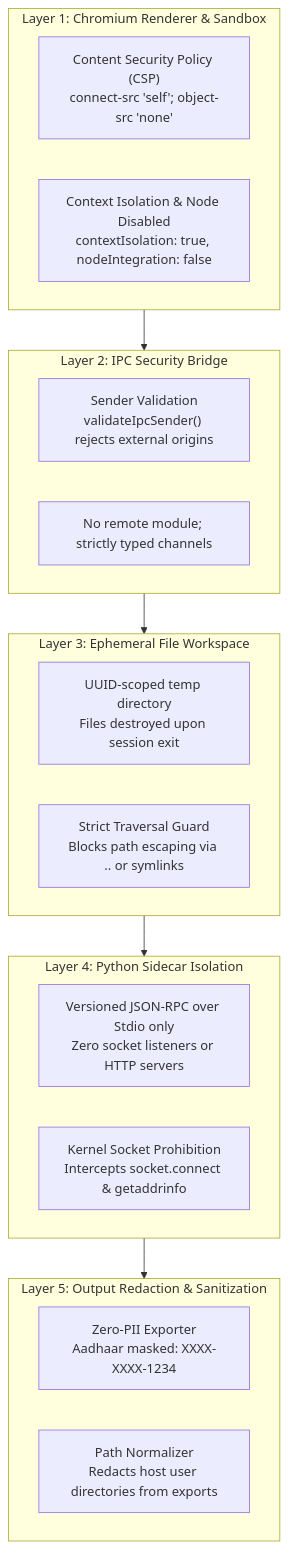
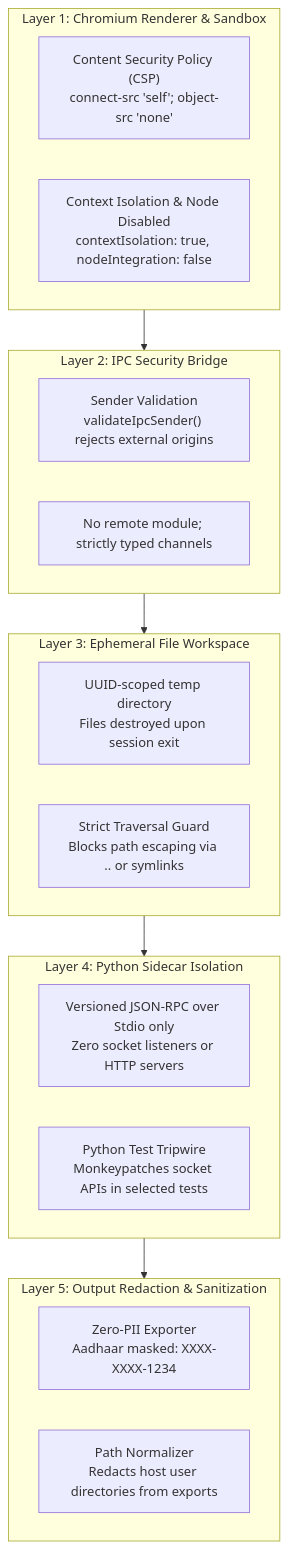
One commit to Algoryxz/DocuReady changed the diagram in PRIVACY_NETWORK_AUDIT.md. Above: the diagram before and after it, drawn with Mermaid. The commit also changed other lines of this file, not shown here.

````diff
--- a/PRIVACY_NETWORK_AUDIT.md
+++ b/PRIVACY_NETWORK_AUDIT.md
@@ -30,29 +30,29 @@
 ```mermaid
 flowchart TD
     subgraph Layer1["Layer 1: Chromium Renderer & Sandbox"]
         CSP["Content Security Policy (CSP)<br/>connect-src 'self'; object-src 'none'"]
         Isolation["Context Isolation & Node Disabled<br/>contextIsolation: true, nodeIntegration: false"]
     end
 
     subgraph Layer2["Layer 2: IPC Security Bridge"]
         IPCFilter["Sender Validation<br/>validateIpcSender() rejects external origins"]
         NoRemote["No remote module; strictly typed channels"]
     end
 
     subgraph Layer3["Layer 3: Ephemeral File Workspace"]
         Workspace["UUID-scoped temp directory<br/>Files destroyed upon session exit"]
         TraversalGuard["Strict Traversal Guard<br/>Blocks path escaping via .. or symlinks"]
     end
 
     subgraph Layer4["Layer 4: Python Sidecar Isolation"]
         StdioRPC["Versioned JSON-RPC over Stdio only<br/>Zero socket listeners or HTTP servers"]
-        SocketTripwire["Kernel Socket Prohibition<br/>Intercepts socket.connect & getaddrinfo"]
+        SocketTripwire["Python Test Tripwire<br/>Monkeypatches socket APIs in selected tests"]
     end
 
     subgraph Layer5["Layer 5: Output Redaction & Sanitization"]
         PIIMasking["Zero-PII Exporter<br/>Aadhaar masked: XXXX-XXXX-1234"]
         PathSanitizer["Path Normalizer<br/>Redacts host user directories from exports"]
     end
 
     Layer1 --> Layer2 --> Layer3 --> Layer4 --> Layer5
 ```
````
